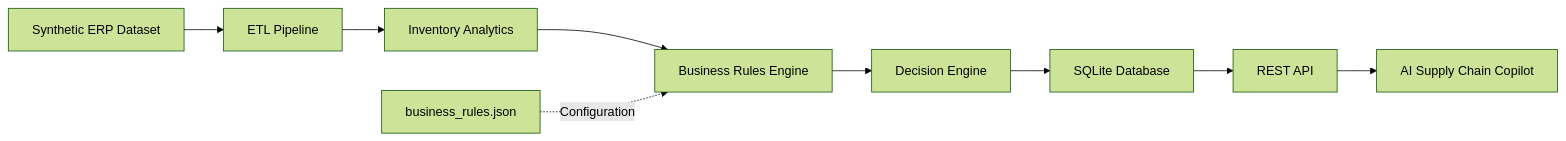
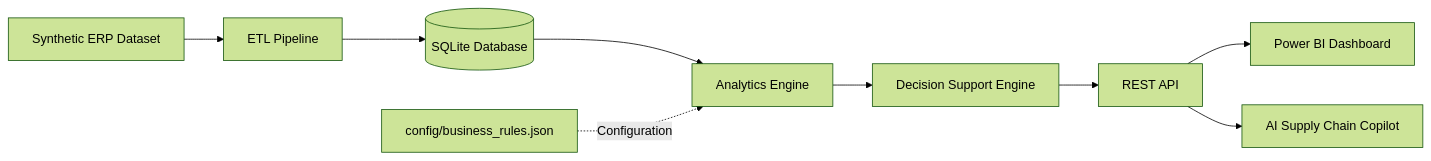
One commit to RodsSoares/ai-supply-chain-copilot changed the diagram in README.md. Above: the diagram before and after it, drawn with Mermaid (forest theme). The commit also changed other lines of this file and 8 other files, not shown here.

Commit message:
feat: release v0.4.0 application layer with REST API and BI dashboard

````diff
--- a/README.md
+++ b/README.md
@@ -126,23 +126,25 @@
 ```mermaid
 flowchart LR
 
 A[Synthetic ERP Dataset]
 B[ETL Pipeline]
-C[Inventory Analytics]
-D[Business Rules Engine]
-E[Decision Engine]
-F[SQLite Database]
-G[REST API]
+C[(SQLite Database)]
+D[Analytics Engine]
+E[Decision Support Engine]
+F[REST API]
+G[Power BI Dashboard]
 H[AI Supply Chain Copilot]
+
+R[config/business_rules.json]
 
 A --> B
 B --> C
 C --> D
 D --> E
 E --> F
+
 F --> G
-G --> H
+F --> H
 
-R[business_rules.json]
 R -. Configuration .-> D
 ```
````
